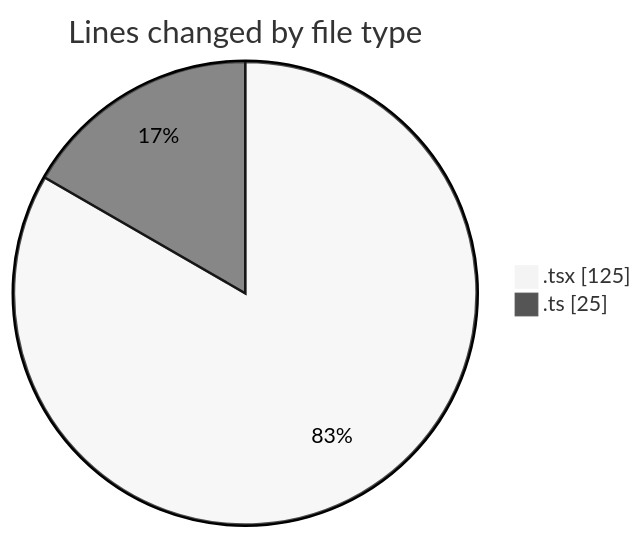
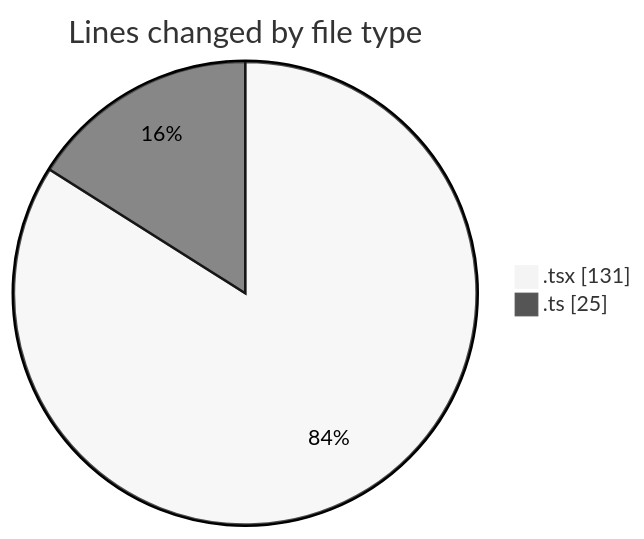
One commit to robertbonfada/code-tracking changed the first of 2 diagrams in 2025-03-19/peregrino-web/README.md. Above: the diagram before and after it, drawn with Mermaid (neutral theme). The commit also changed other lines of this file and 1 other file, not shown here.

````diff
--- a/2025-03-19/peregrino-web/README.md
+++ b/2025-03-19/peregrino-web/README.md
@@ -23,6 +23,6 @@
 ```mermaid
 pie showData
 title Lines changed by file type
-".tsx" : 125
+".tsx" : 131
 ".ts" : 25
 ```
````
